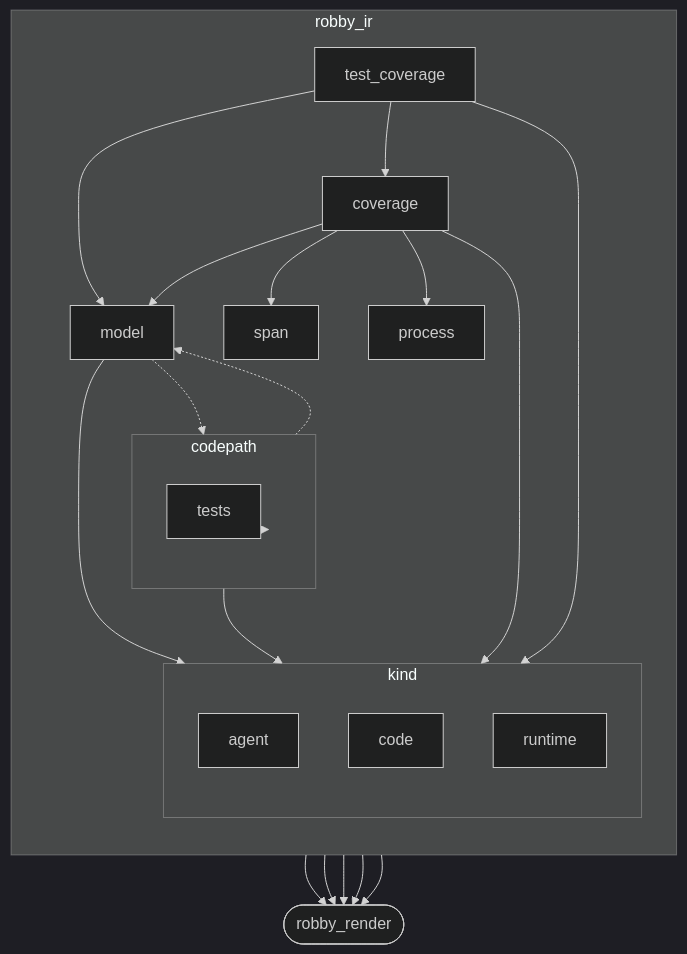
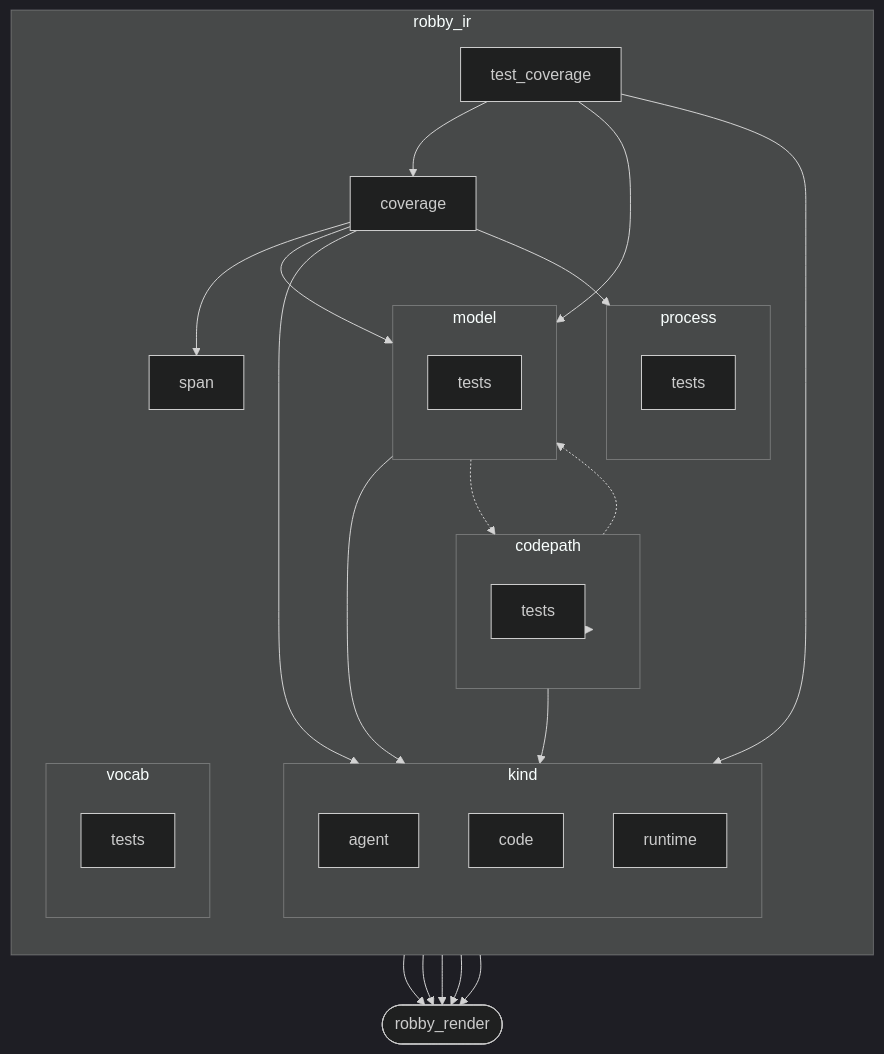
One commit to RyanGuild/self-describing-code changed the first of 2 diagrams in docs/self-model/robby_ir/index.md. Above: the diagram before and after it, drawn with Mermaid (dark theme). The commit also changed other lines of this file and 747 other files, not shown here.

````diff
--- a/docs/self-model/robby_ir/index.md
+++ b/docs/self-model/robby_ir/index.md
@@ -13,39 +13,49 @@
 ```mermaid
 flowchart TB
     subgraph n_356bf2c23da68961["robby_ir"]
         direction TB
         subgraph n_c28bfd08cdfce4bf["codepath"]
             direction TB
             n_80d65b5ca6c1ad28["tests"]
         end
         n_965af55f4081b03f["coverage"]
         subgraph n_611ba0cee1ac191f["kind"]
             direction TB
             n_ec6c960723ad9504["agent"]
             n_78c8f62748bb21ee["code"]
             n_9bd6a0786f266df1["runtime"]
         end
-        n_48c15551e2e91996["model"]
-        n_f5e61214f719e7ae["process"]
+        subgraph n_48c15551e2e91996["model"]
+            direction TB
+            n_7a7533aa2a3d72ab["tests"]
+        end
+        subgraph n_f5e61214f719e7ae["process"]
+            direction TB
+            n_ff7a0f92d7ba8793["tests"]
+        end
         n_9053aa1513b08ea5["span"]
         n_46b0c6f667b1fb40["test_coverage"]
+        subgraph n_3ab04153eeb89900["vocab"]
+            direction TB
+            n_f036ac7d2543ad31["tests"]
+        end
     end
     n_9c636b098ca4450e(["robby_render"])
     n_46b0c6f667b1fb40 --> n_48c15551e2e91996
     n_46b0c6f667b1fb40 --> n_611ba0cee1ac191f
     n_46b0c6f667b1fb40 --> n_965af55f4081b03f
     n_46b0c6f667b1fb40 --> n_9c636b098ca4450e
     n_48c15551e2e91996 --> n_611ba0cee1ac191f
     n_48c15551e2e91996 --> n_9c636b098ca4450e
     n_48c15551e2e91996 -.-> n_c28bfd08cdfce4bf
     n_965af55f4081b03f --> n_48c15551e2e91996
     n_965af55f4081b03f --> n_611ba0cee1ac191f
     n_965af55f4081b03f --> n_9053aa1513b08ea5
     n_965af55f4081b03f --> n_9c636b098ca4450e
     n_965af55f4081b03f --> n_f5e61214f719e7ae
     n_c28bfd08cdfce4bf -.-> n_48c15551e2e91996
     n_c28bfd08cdfce4bf --> n_611ba0cee1ac191f
     n_c28bfd08cdfce4bf --> n_80d65b5ca6c1ad28
     n_c28bfd08cdfce4bf --> n_9c636b098ca4450e
     n_f5e61214f719e7ae --> n_9c636b098ca4450e
 ```
````
